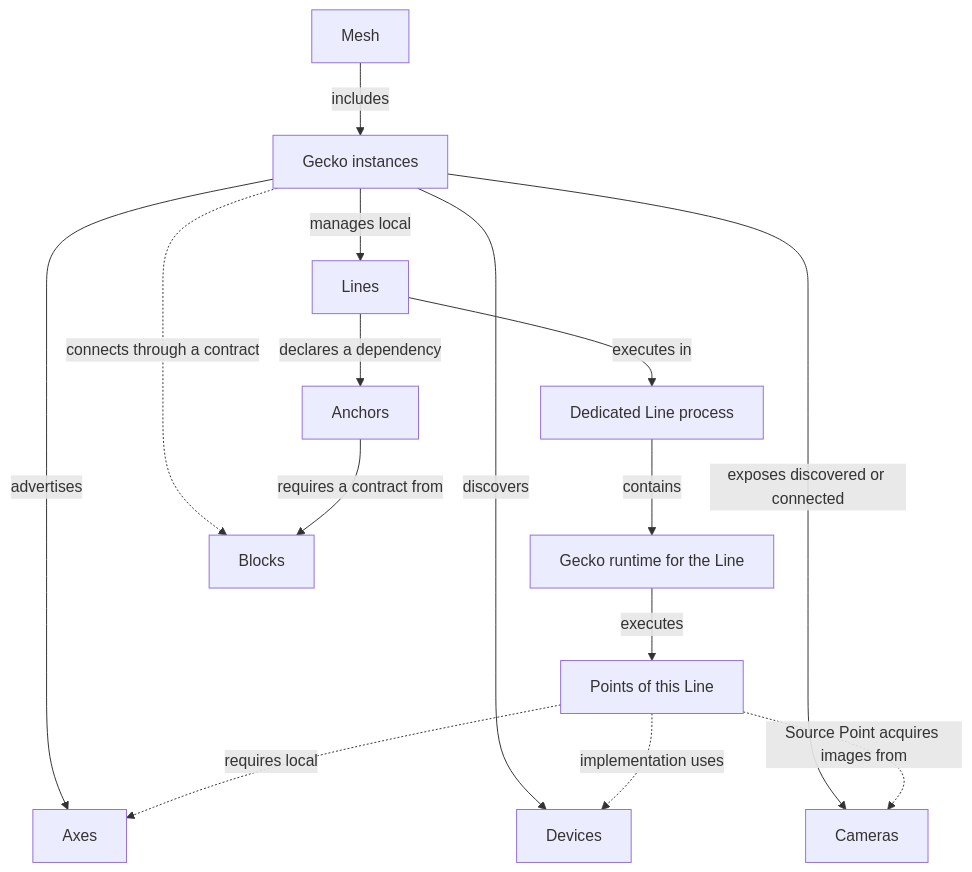
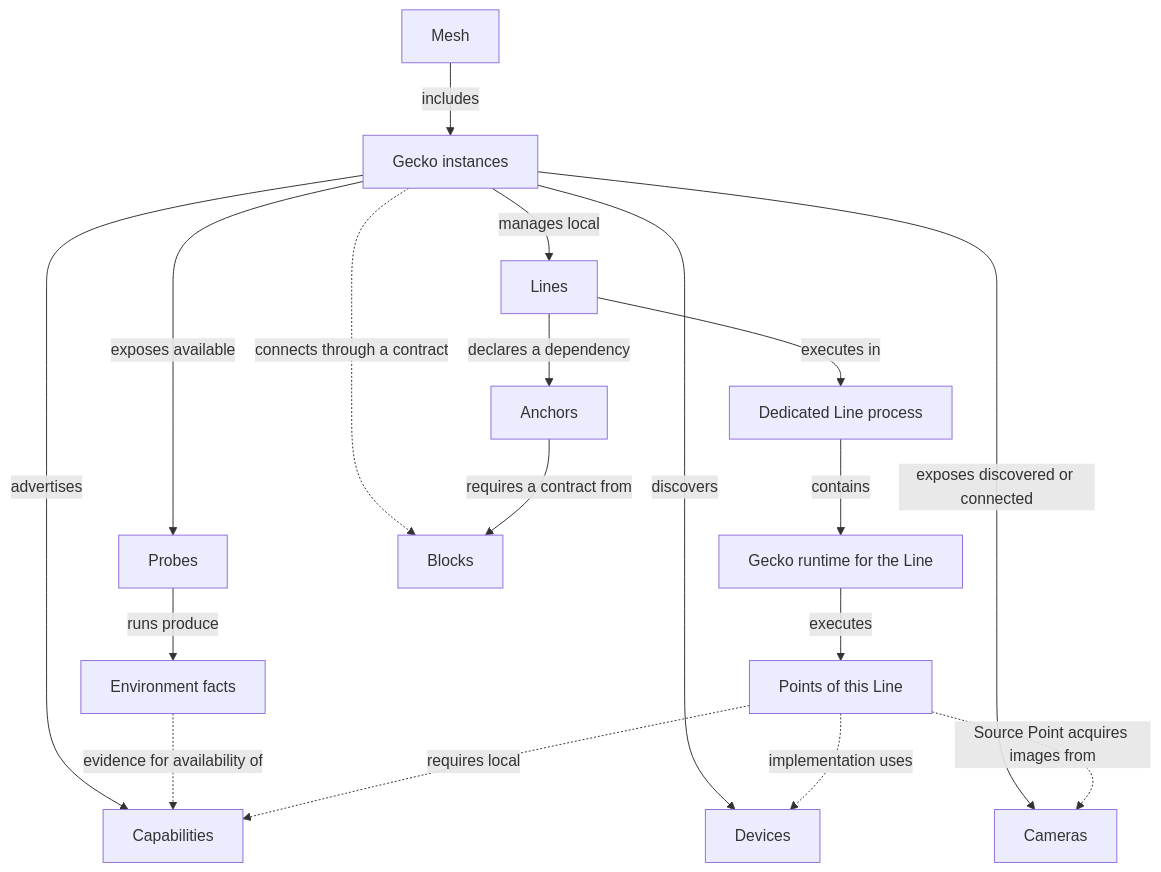
Before and after one commit to jfultr/gecko-core: the second of 2 diagrams in docs/0-concepts/index.md, drawn with Mermaid. The commit also changed other lines of this file and 22 other files, not shown here.

Commit message:
docs: replace Axis with Probe and define Capability

````diff
--- a/docs/0-concepts/index.md
+++ b/docs/0-concepts/index.md
@@ -123,17 +126,20 @@
 ```mermaid
 flowchart TB
     Mesh[Mesh] -->|includes| Gecko[Gecko instances]
-    Gecko -->|advertises| Axis[Axes]
+    Gecko -->|advertises| Capability[Capabilities]
+    Gecko -->|exposes available| Probe[Probes]
+    Probe -->|runs produce| Facts[Environment facts]
+    Facts -.->|evidence for availability of| Capability
     Gecko -->|discovers| Device[Devices]
     Gecko -->|exposes discovered or connected| Camera[Cameras]
     Gecko -->|manages local| Line[Lines]
     Line -->|executes in| Process[Dedicated Line process]
     Process -->|contains| Runtime[Gecko runtime for the Line]
     Runtime -->|executes| Point[Points of this Line]
     Point -.->|Source Point acquires images from| Camera
     Gecko -.->|connects through a contract| Block[Blocks]
     Line -->|declares a dependency| Anchor[Anchors]
     Anchor -->|requires a contract from| Block
-    Point -.->|requires local| Axis
+    Point -.->|requires local| Capability
     Point -.->|implementation uses| Device
 ```
````
